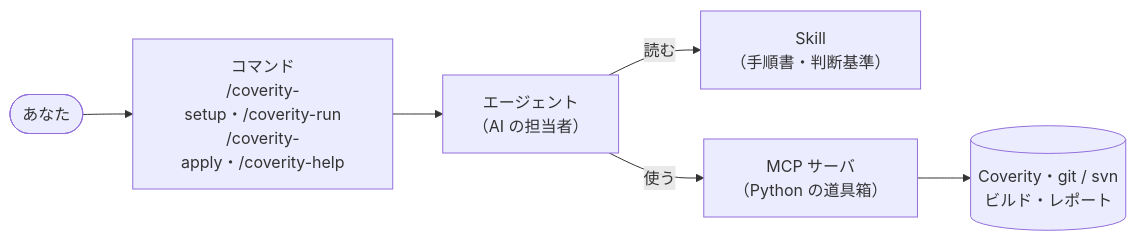
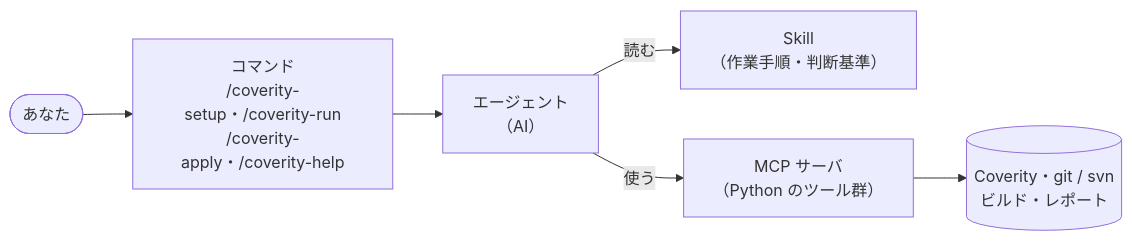
Before and after one commit to imaeda-hub/coverity-triage-agent: the diagram in README.md, drawn with Mermaid. The commit also changed other lines of this file, not shown here.

````diff
--- a/README.md
+++ b/README.md
@@ -41,8 +41,8 @@
 ```mermaid
 flowchart LR
     U([あなた]) --> C["コマンド<br>/coverity-setup・/coverity-run<br>/coverity-apply・/coverity-help"]
-    C --> A["エージェント<br>（AI の担当者）"]
-    A -- 読む --> S["Skill<br>（手順書・判断基準）"]
-    A -- 使う --> M["MCP サーバ<br>（Python の道具箱）"]
+    C --> A["エージェント<br>（AI）"]
+    A -- 読む --> S["Skill<br>（作業手順・判断基準）"]
+    A -- 使う --> M["MCP サーバ<br>（Python のツール群）"]
     M --> X[("Coverity・git / svn<br>ビルド・レポート")]
 ```
````
